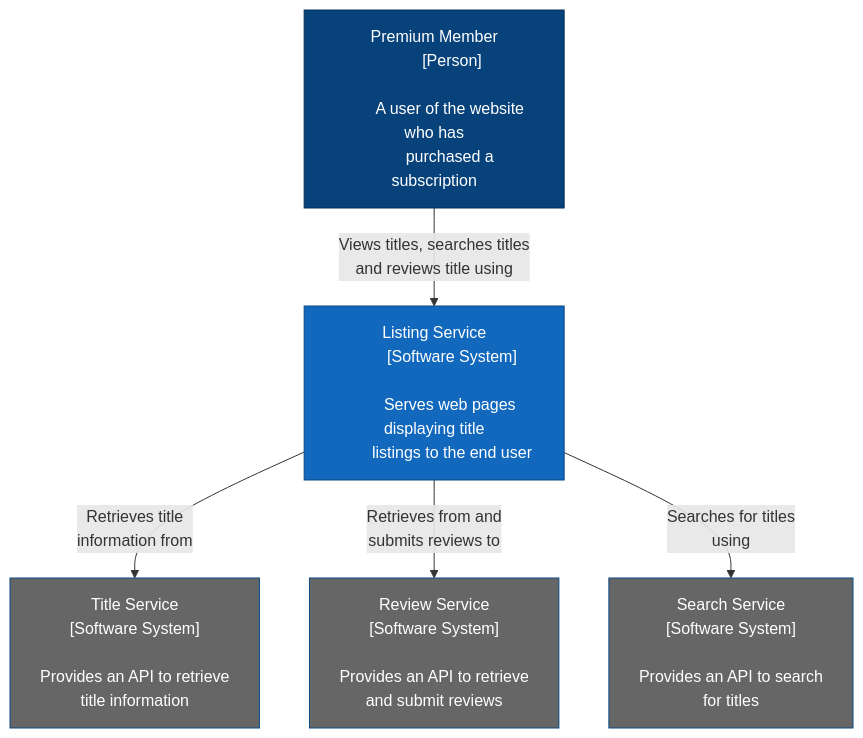
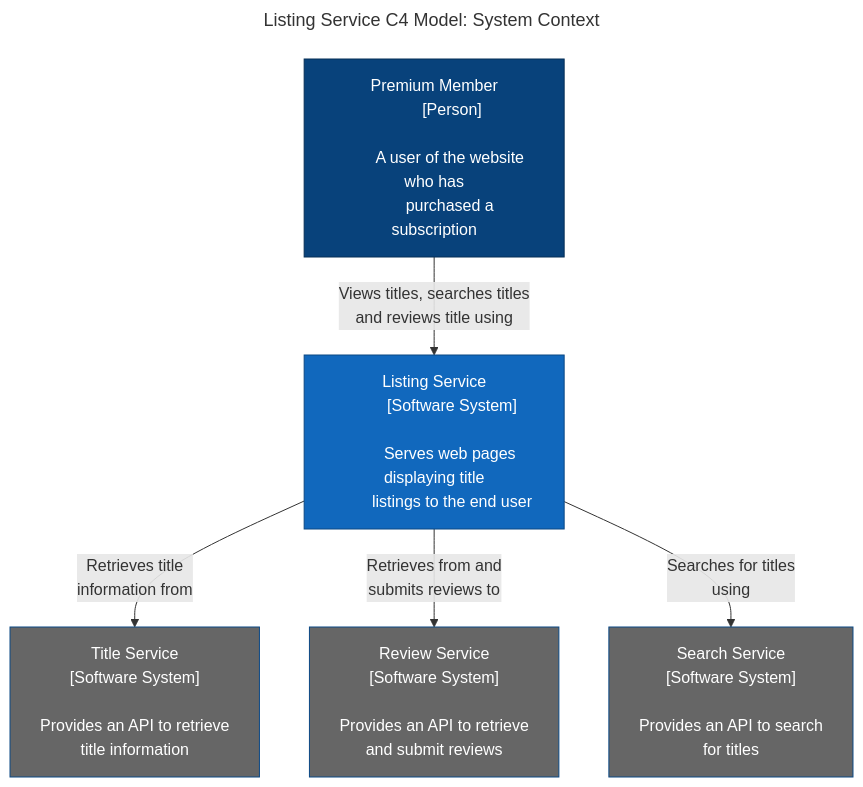
The diagram in 04_model_your_architecture.md (alextanhongpin/learn-mermaid), drawn with Mermaid before and after one commit.

````diff
--- a/04_model_your_architecture.md
+++ b/04_model_your_architecture.md
@@ -12,59 +12,62 @@
 ```mermaid
+---
+title: "Listing Service C4 Model: System Context"
+---
 %% TD: top-down
 flowchart TD
     %% Each node should contain a title, label and description.
     User["
         Premium Member
         [Person]
 
         A user of the website who has
         purchased a subscription
     "]
 
     LS["
         Listing Service
         [Software System]
 
         Serves web pages displaying title
         listings to the end user
     "]
 
     TS["
         Title Service
         [Software System]
 
         Provides an API to retrieve
         title information
     "]
 
     RS["
         Review Service
         [Software System]
 
         Provides an API to retrieve
         and submit reviews
     "]
 
     SS["
         Search Service
         [Software System]
 
         Provides an API to search
         for titles
     "]
 
     User -- "Views titles, searches titles\nand reviews title using" --> LS
     LS -- "Retrieves title\ninformation from" --> TS
     LS -- "Retrieves from and\nsubmits reviews to" --> RS
     LS -- "Searches for titles\nusing" --> SS
 
     %% Define classes using syntax "classDef className styleProperties".
     classDef focusSystem fill:#1168bd,stroke:#0b4884,color:white
     classDef supportingSystem fill:#666,stroke:#0b4884,color:white
     classDef person fill:#08427b,stroke:#052e56,color:white
 
     %% Apply style using syntax "class nodeId(s) className".
     class LS focusSystem
     class TS,RS,SS supportingSystem
     class User person
 ```
````
